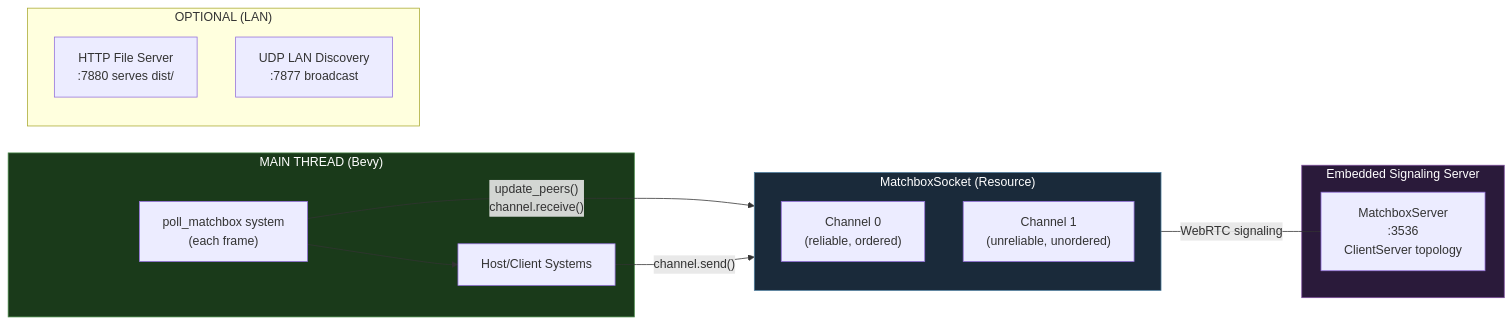
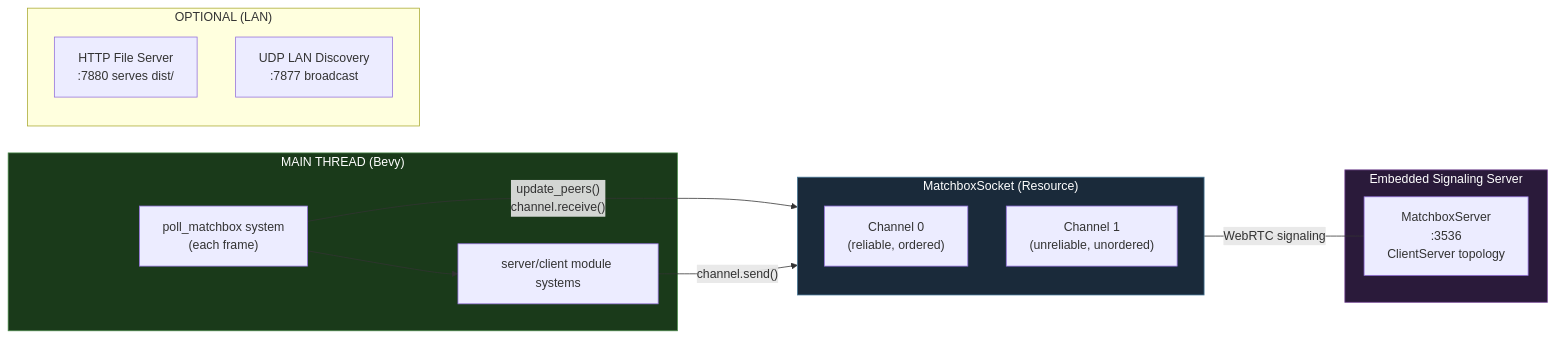
One commit to pashaydev/RTS changed the second of 11 diagrams in docs/multiplayer-architecture.md. Above: the diagram before and after it, drawn with Mermaid. The commit also changed other lines of this file and 11 other files, not shown here.

````diff
--- a/docs/multiplayer-architecture.md
+++ b/docs/multiplayer-architecture.md
@@ -66,30 +80,30 @@
 ```mermaid
 flowchart LR
     subgraph MainThread["MAIN THREAD (Bevy)"]
         Poll["poll_matchbox system\n(each frame)"]
-        HS["Host/Client Systems"]
+        HS["server/client module systems"]
         Poll --> HS
     end
 
     subgraph MatchboxSocket["MatchboxSocket (Resource)"]
         CH0["Channel 0\n(reliable, ordered)"]
         CH1["Channel 1\n(unreliable, unordered)"]
     end
 
     subgraph Signaling["Embedded Signaling Server"]
         SIG["MatchboxServer\n:3536\nClientServer topology"]
     end
 
     subgraph Optional["OPTIONAL (LAN)"]
         HTTP["HTTP File Server\n:7880 serves dist/"]
         UDP["UDP LAN Discovery\n:7877 broadcast"]
     end
 
     Poll -->|"update_peers()\nchannel.receive()"| MatchboxSocket
     HS -->|"channel.send()"| MatchboxSocket
     MatchboxSocket ---|"WebRTC signaling"| SIG
 
     style MainThread fill:#1a3a1a,stroke:#4a8a4a,color:#fff
     style MatchboxSocket fill:#1a2a3a,stroke:#4a7a9a,color:#fff
     style Signaling fill:#2a1a3a,stroke:#7a4a9a,color:#fff
 ```
````
